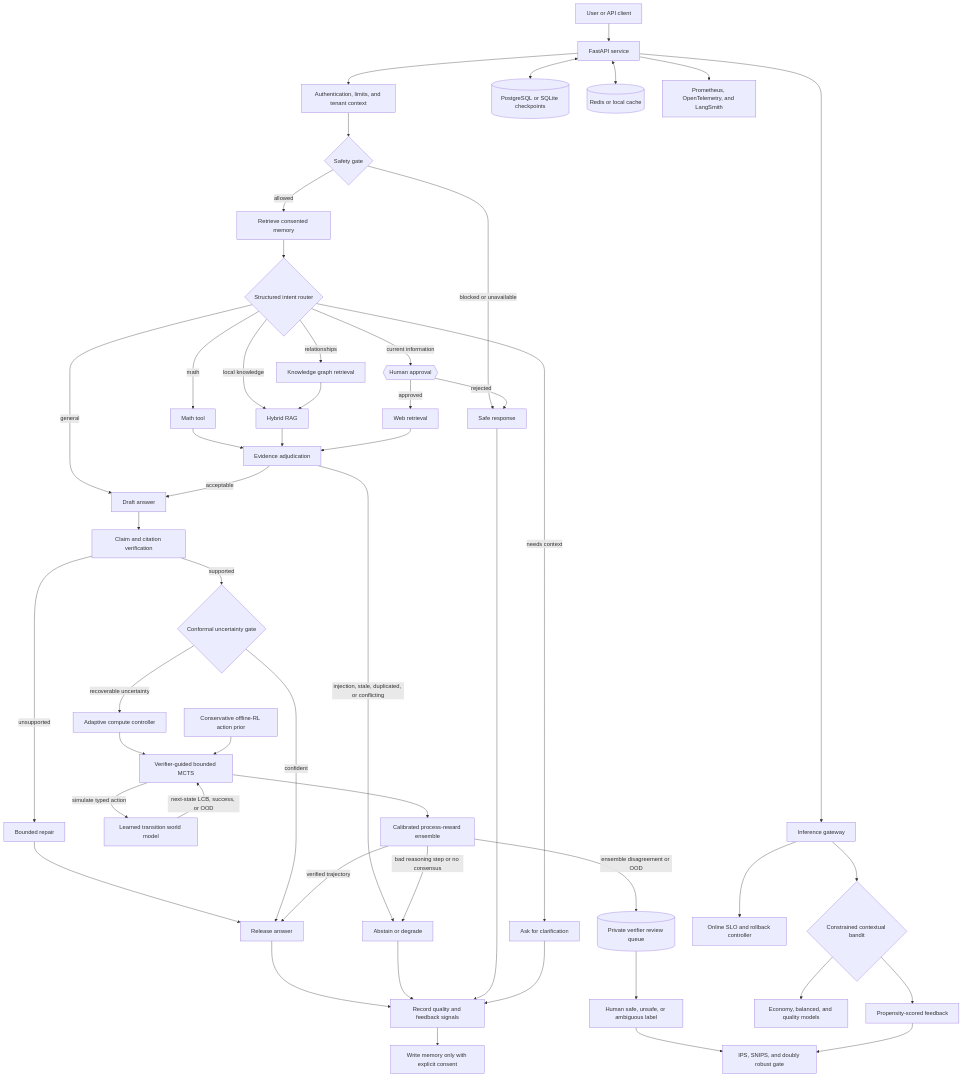
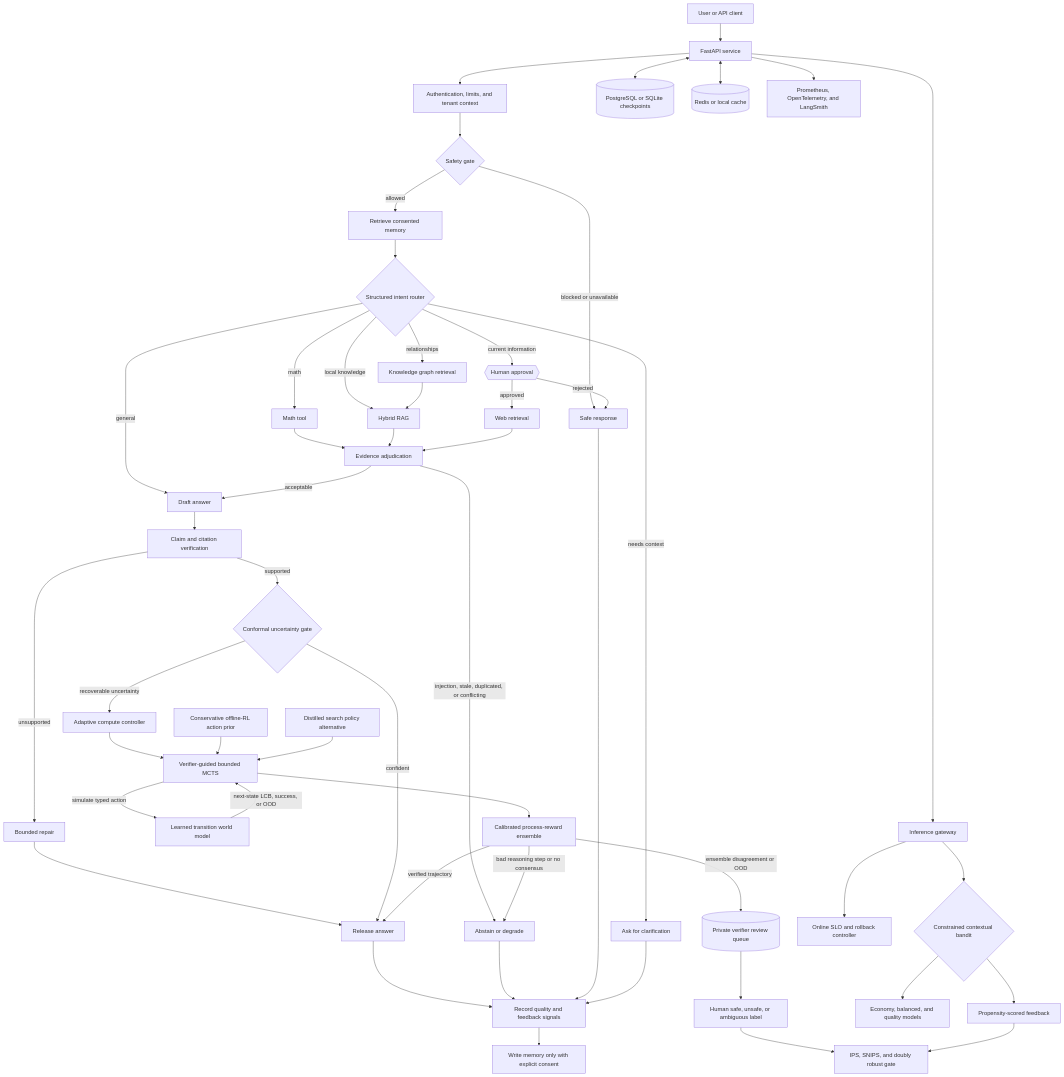
The first of 2 diagrams in README.md (Theepankumargandhi/Multi-Agent-Orchestration), drawn with Mermaid before and after one commit. The commit also changed other lines of this file and 12 other files, not shown here.

````diff
--- a/README.md
+++ b/README.md
@@ -36,59 +36,60 @@
 ```mermaid
 flowchart TD
     User[User or API client] --> API[FastAPI service]
     API --> Auth[Authentication, limits, and tenant context]
     Auth --> Safety{Safety gate}
 
     Safety -->|blocked or unavailable| Stop[Safe response]
     Safety -->|allowed| Memory[Retrieve consented memory]
     Memory --> Router{Structured intent router}
 
     Router -->|needs context| Clarify[Ask for clarification]
     Router -->|math| Math[Math tool]
     Router -->|local knowledge| RAG[Hybrid RAG]
     Router -->|relationships| Graph[Knowledge graph retrieval]
     Router -->|current information| Approval{{Human approval}}
     Router -->|general| Draft[Draft answer]
 
     Approval -->|approved| Web[Web retrieval]
     Approval -->|rejected| Stop
     Graph --> RAG
     Math --> Evidence
     RAG --> Evidence[Evidence adjudication]
     Web --> Evidence
     Evidence -->|injection, stale, duplicated, or conflicting| Abstain[Abstain or degrade]
     Evidence -->|acceptable| Draft
 
     Draft --> Ground[Claim and citation verification]
     Ground -->|unsupported| Repair[Bounded repair]
     Ground -->|supported| Uncertainty{Conformal uncertainty gate}
     Repair --> Final
     Uncertainty -->|confident| Final[Release answer]
     Uncertainty -->|recoverable uncertainty| Compute[Adaptive compute controller]
     Compute --> Search[Verifier-guided bounded MCTS]
     OfflineRL[Conservative offline-RL action prior] --> Search
+    Student[Distilled search policy alternative] --> Search
     Search -->|simulate typed action| World[Learned transition world model]
     World -->|next-state LCB, success, or OOD| Search
     Search --> PRM[Calibrated process-reward ensemble]
     PRM -->|verified trajectory| Final
     PRM -->|bad reasoning step or no consensus| Abstain
     PRM -->|ensemble disagreement or OOD| ReviewQueue[(Private verifier review queue)]
     ReviewQueue --> ReviewLabel[Human safe, unsafe, or ambiguous label]
     ReviewLabel --> Offline
 
     Final --> Evaluate[Record quality and feedback signals]
     Abstain --> Evaluate
     Stop --> Evaluate
     Clarify --> Evaluate
     Evaluate --> WriteMemory[Write memory only with explicit consent]
 
     API <--> State[(PostgreSQL or SQLite checkpoints)]
     API <--> Cache[(Redis or local cache)]
     API --> Telemetry[Prometheus, OpenTelemetry, and LangSmith]
     API --> Gateway[Inference gateway]
     Gateway --> Bandit{Constrained contextual bandit}
     Bandit --> Models[Economy, balanced, and quality models]
     Bandit --> Feedback[Propensity-scored feedback]
     Feedback --> Offline[IPS, SNIPS, and doubly robust gate]
     Gateway --> Online[Online SLO and rollback controller]
 ```
````
